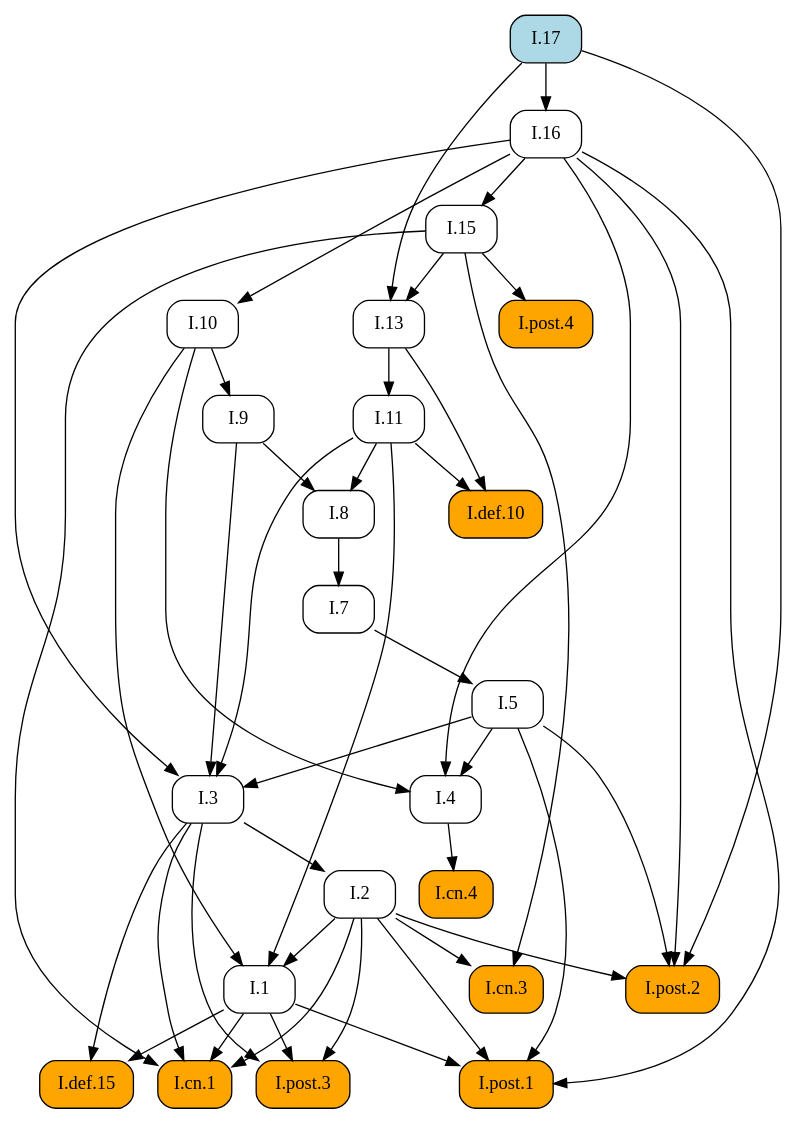
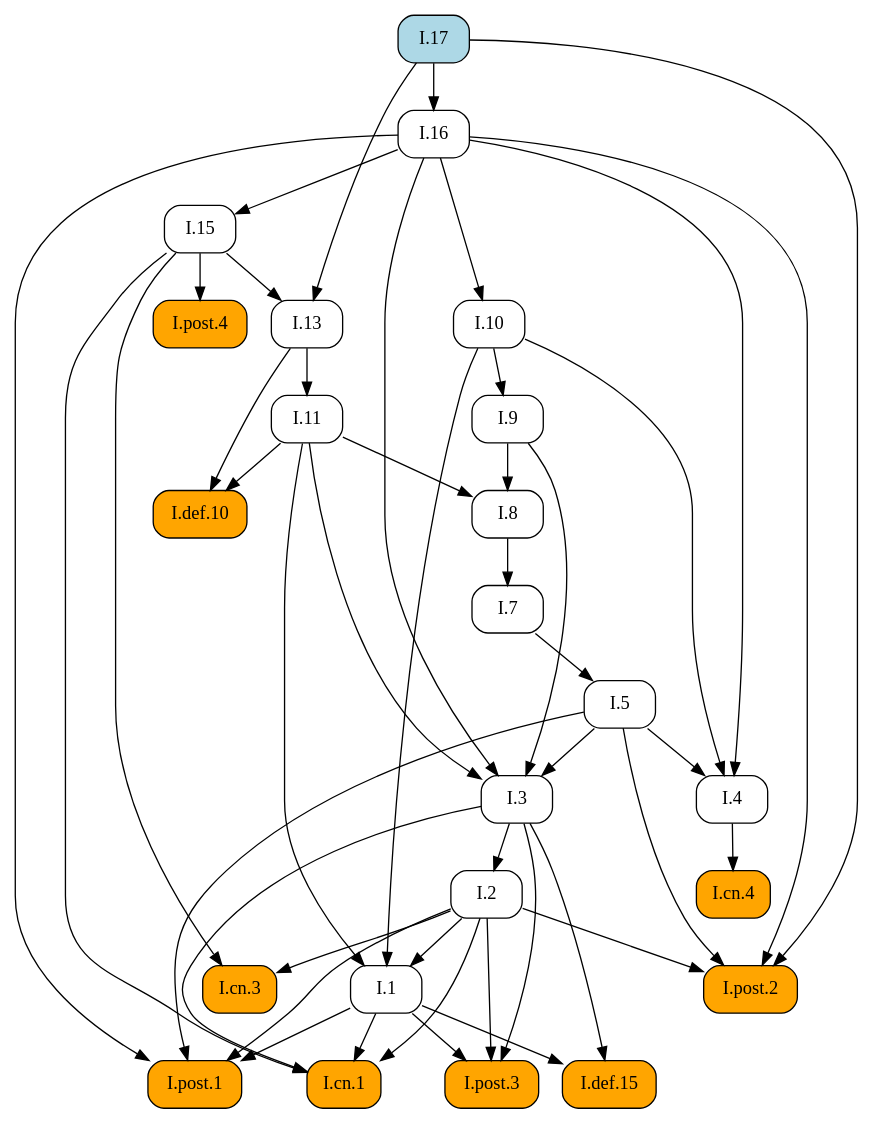
One commit to geometor/elements changed the diagram in docsrc/elements2/I/17/index.rst. Above: the diagram before and after it, drawn with Graphviz. The commit also changed other lines of this file and 409 other files, not shown here.

First line of the commit message:
feat: Add image cropping and graphic extraction script

```diff
--- a/docsrc/elements2/I/17/index.rst
+++ b/docsrc/elements2/I/17/index.rst
@@ -54,74 +54,74 @@
 .. graphviz::
 
    digraph {
      rankdir="TB";
      node [shape=box, style=rounded];
+     "I.def.15" [style="rounded,filled", fillcolor=orange, URL="/elements2/I/def.15/", target="_top"];
+     "I.def.10" [style="rounded,filled", fillcolor=orange, URL="/elements2/I/def.10/", target="_top"];
+     "I.11" [URL="/elements2/I/11/", target="_top"];
      "I.8" [URL="/elements2/I/8/", target="_top"];
+     "I.15" [URL="/elements2/I/15/", target="_top"];
+     "I.5" [URL="/elements2/I/5/", target="_top"];
+     "I.3" [URL="/elements2/I/3/", target="_top"];
+     "I.10" [URL="/elements2/I/10/", target="_top"];
+     "I.17" [style="rounded,filled", fillcolor=lightblue, URL="/elements2/I/17/", target="_top"];
+     "I.cn.3" [style="rounded,filled", fillcolor=orange, URL="/elements2/I/cn.3/", target="_top"];
+     "I.cn.1" [style="rounded,filled", fillcolor=orange, URL="/elements2/I/cn.1/", target="_top"];
+     "I.13" [URL="/elements2/I/13/", target="_top"];
+     "I.post.3" [style="rounded,filled", fillcolor=orange, URL="/elements2/I/post.3/", target="_top"];
+     "I.4" [URL="/elements2/I/4/", target="_top"];
+     "I.7" [URL="/elements2/I/7/", target="_top"];
+     "I.9" [URL="/elements2/I/9/", target="_top"];
+     "I.16" [URL="/elements2/I/16/", target="_top"];
+     "I.post.1" [style="rounded,filled", fillcolor=orange, URL="/elements2/I/post.1/", target="_top"];
+     "I.2" [URL="/elements2/I/2/", target="_top"];
      "I.1" [URL="/elements2/I/1/", target="_top"];
-     "I.cn.3" [style="rounded,filled", fillcolor=orange, URL="/elements2/I/cn.3/", target="_top"];
+     "I.post.4" [style="rounded,filled", fillcolor=orange, URL="/elements2/I/post.4/", target="_top"];
      "I.cn.4" [style="rounded,filled", fillcolor=orange, URL="/elements2/I/cn.4/", target="_top"];
-     "I.7" [URL="/elements2/I/7/", target="_top"];
-     "I.17" [style="rounded,filled", fillcolor=lightblue, URL="/elements2/I/17/", target="_top"];
-     "I.post.1" [style="rounded,filled", fillcolor=orange, URL="/elements2/I/post.1/", target="_top"];
-     "I.9" [URL="/elements2/I/9/", target="_top"];
-     "I.5" [URL="/elements2/I/5/", target="_top"];
-     "I.cn.1" [style="rounded,filled", fillcolor=orange, URL="/elements2/I/cn.1/", target="_top"];
-     "I.post.4" [style="rounded,filled", fillcolor=orange, URL="/elements2/I/post.4/", target="_top"];
-     "I.def.10" [style="rounded,filled", fillcolor=orange, URL="/elements2/I/def.10/", target="_top"];
-     "I.16" [URL="/elements2/I/16/", target="_top"];
-     "I.13" [URL="/elements2/I/13/", target="_top"];
-     "I.2" [URL="/elements2/I/2/", target="_top"];
-     "I.def.15" [style="rounded,filled", fillcolor=orange, URL="/elements2/I/def.15/", target="_top"];
-     "I.4" [URL="/elements2/I/4/", target="_top"];
-     "I.11" [URL="/elements2/I/11/", target="_top"];
-     "I.10" [URL="/elements2/I/10/", target="_top"];
-     "I.15" [URL="/elements2/I/15/", target="_top"];
      "I.post.2" [style="rounded,filled", fillcolor=orange, URL="/elements2/I/post.2/", target="_top"];
-     "I.3" [URL="/elements2/I/3/", target="_top"];
-     "I.post.3" [style="rounded,filled", fillcolor=orange, URL="/elements2/I/post.3/", target="_top"];
+     "I.1" -> "I.def.15";
+     "I.3" -> "I.def.15";
+     "I.11" -> "I.def.10";
+     "I.13" -> "I.def.10";
+     "I.13" -> "I.11";
      "I.9" -> "I.8";
      "I.11" -> "I.8";
-     "I.2" -> "I.1";
-     "I.10" -> "I.1";
-     "I.11" -> "I.1";
+     "I.16" -> "I.15";
+     "I.7" -> "I.5";
+     "I.5" -> "I.3";
+     "I.9" -> "I.3";
+     "I.11" -> "I.3";
+     "I.16" -> "I.3";
+     "I.16" -> "I.10";
      "I.2" -> "I.cn.3";
      "I.15" -> "I.cn.3";
-     "I.4" -> "I.cn.4";
+     "I.1" -> "I.cn.1";
+     "I.2" -> "I.cn.1";
+     "I.3" -> "I.cn.1";
+     "I.15" -> "I.cn.1";
+     "I.15" -> "I.13";
+     "I.17" -> "I.13";
+     "I.1" -> "I.post.3";
+     "I.2" -> "I.post.3";
+     "I.3" -> "I.post.3";
+     "I.5" -> "I.4";
+     "I.10" -> "I.4";
+     "I.16" -> "I.4";
      "I.8" -> "I.7";
+     "I.10" -> "I.9";
+     "I.17" -> "I.16";
      "I.1" -> "I.post.1";
      "I.2" -> "I.post.1";
      "I.5" -> "I.post.1";
      "I.16" -> "I.post.1";
-     "I.10" -> "I.9";
-     "I.7" -> "I.5";
-     "I.1" -> "I.cn.1";
-     "I.2" -> "I.cn.1";
-     "I.3" -> "I.cn.1";
-     "I.15" -> "I.cn.1";
+     "I.3" -> "I.2";
+     "I.2" -> "I.1";
+     "I.10" -> "I.1";
+     "I.11" -> "I.1";
      "I.15" -> "I.post.4";
-     "I.11" -> "I.def.10";
-     "I.13" -> "I.def.10";
-     "I.17" -> "I.16";
-     "I.15" -> "I.13";
-     "I.17" -> "I.13";
-     "I.3" -> "I.2";
-     "I.1" -> "I.def.15";
-     "I.3" -> "I.def.15";
-     "I.5" -> "I.4";
-     "I.10" -> "I.4";
-     "I.16" -> "I.4";
-     "I.13" -> "I.11";
-     "I.16" -> "I.10";
-     "I.16" -> "I.15";
+     "I.4" -> "I.cn.4";
      "I.2" -> "I.post.2";
      "I.5" -> "I.post.2";
      "I.16" -> "I.post.2";
      "I.17" -> "I.post.2";
-     "I.5" -> "I.3";
-     "I.9" -> "I.3";
-     "I.11" -> "I.3";
-     "I.16" -> "I.3";
-     "I.1" -> "I.post.3";
-     "I.2" -> "I.post.3";
-     "I.3" -> "I.post.3";
    }
```
